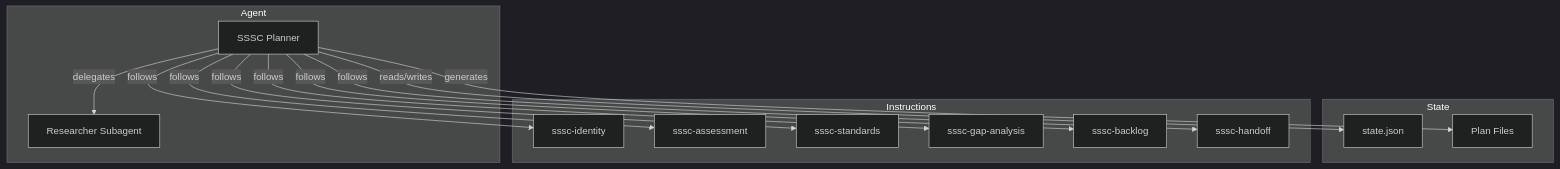
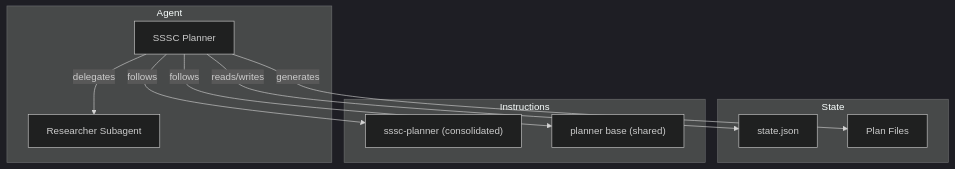
Before and after one commit to microsoft/hve-core: the diagram in docs/agents/sssc-planning/agent-overview.md, drawn with Mermaid (dark theme). The commit also changed other lines of this file and 22 other files, not shown here.

````diff
--- a/docs/agents/sssc-planning/agent-overview.md
+++ b/docs/agents/sssc-planning/agent-overview.md
@@ -23,26 +23,22 @@
 ```mermaid
 flowchart TD
   subgraph Agent
     SP["SSSC Planner"]
     RS["Researcher Subagent"]
   end
 
   subgraph State
     SJ["state.json"]
     PF["Plan Files"]
   end
 
   subgraph Instructions
-    I1["sssc-identity"]
-    I2["sssc-assessment"]
-    I3["sssc-standards"]
-    I4["sssc-gap-analysis"]
-    I5["sssc-backlog"]
-    I6["sssc-handoff"]
+    I1["sssc-planner (consolidated)"]
+    I2["planner base (shared)"]
   end
 
   SP -->|"delegates"| RS
   SP -->|"reads/writes"| SJ
   SP -->|"generates"| PF
-  SP -->|"follows"| I1 & I2 & I3 & I4 & I5 & I6
+  SP -->|"follows"| I1 & I2
 ```
````
